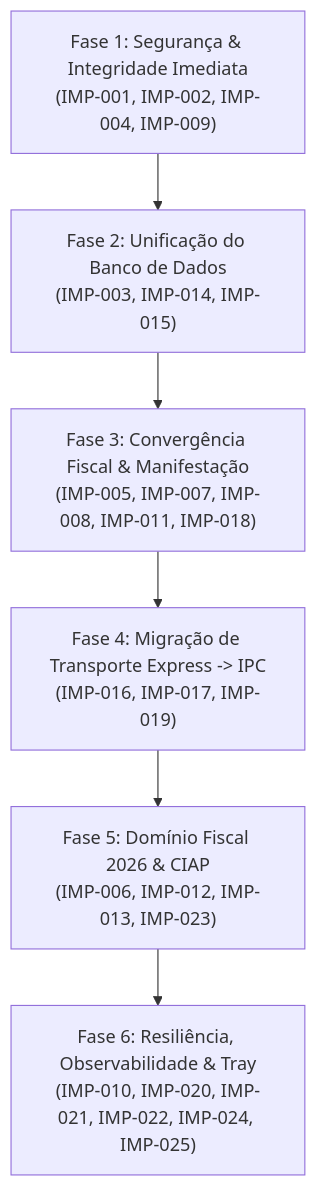
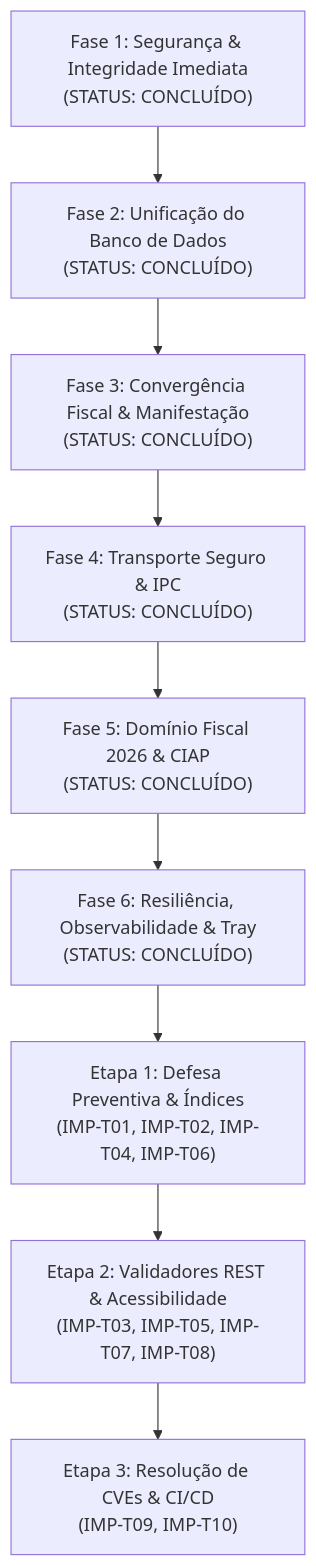
Before and after one commit to sAlly-19/workspace-fiscal: the diagram in docs/reports/05-PLANO_DE_EXECUCAO.md, drawn with Mermaid. The commit also changed other lines of this file and 7 other files, not shown here.

````diff
--- a/docs/reports/05-PLANO_DE_EXECUCAO.md
+++ b/docs/reports/05-PLANO_DE_EXECUCAO.md
@@ -11,15 +11,15 @@
 ```mermaid
 flowchart TD
-    F1["Fase 1: Segurança & Integridade Imediata\n(IMP-001, IMP-002, IMP-004, IMP-009)"]
-    F2["Fase 2: Unificação do Banco de Dados\n(IMP-003, IMP-014, IMP-015)"]
-    F3["Fase 3: Convergência Fiscal & Manifestação\n(IMP-005, IMP-007, IMP-008, IMP-011, IMP-018)"]
-    F4["Fase 4: Migração de Transporte Express -> IPC\n(IMP-016, IMP-017, IMP-019)"]
-    F5["Fase 5: Domínio Fiscal 2026 & CIAP\n(IMP-006, IMP-012, IMP-013, IMP-023)"]
-    F6["Fase 6: Resiliência, Observabilidade & Tray\n(IMP-010, IMP-020, IMP-021, IMP-022, IMP-024, IMP-025)"]
+    F1["Fase 1: Segurança & Integridade Imediata\n(STATUS: CONCLUÍDO)"]
+    F2["Fase 2: Unificação do Banco de Dados\n(STATUS: CONCLUÍDO)"]
+    F3["Fase 3: Convergência Fiscal & Manifestação\n(STATUS: CONCLUÍDO)"]
+    F4["Fase 4: Transporte Seguro & IPC\n(STATUS: CONCLUÍDO)"]
+    F5["Fase 5: Domínio Fiscal 2026 & CIAP\n(STATUS: CONCLUÍDO)"]
+    F6["Fase 6: Resiliência, Observabilidade & Tray\n(STATUS: CONCLUÍDO)"]
+    H1["Etapa 1: Defesa Preventiva & Índices\n(IMP-T01, IMP-T02, IMP-T04, IMP-T06)"]
+    H2["Etapa 2: Validadores REST & Acessibilidade\n(IMP-T03, IMP-T05, IMP-T07, IMP-T08)"]
+    H3["Etapa 3: Resolução de CVEs & CI/CD\n(IMP-T09, IMP-T10)"]
 
-    F1 --> F2
-    F2 --> F3
-    F3 --> F4
-    F4 --> F5
-    F5 --> F6
+    F1 --> F2 --> F3 --> F4 --> F5 --> F6
+    F6 --> H1 --> H2 --> H3
 ```
````
